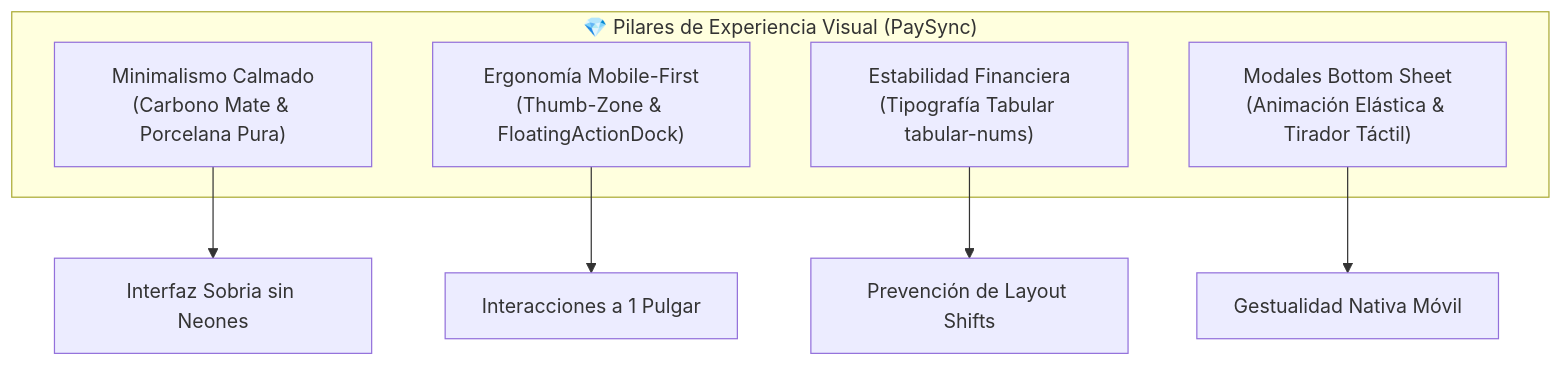
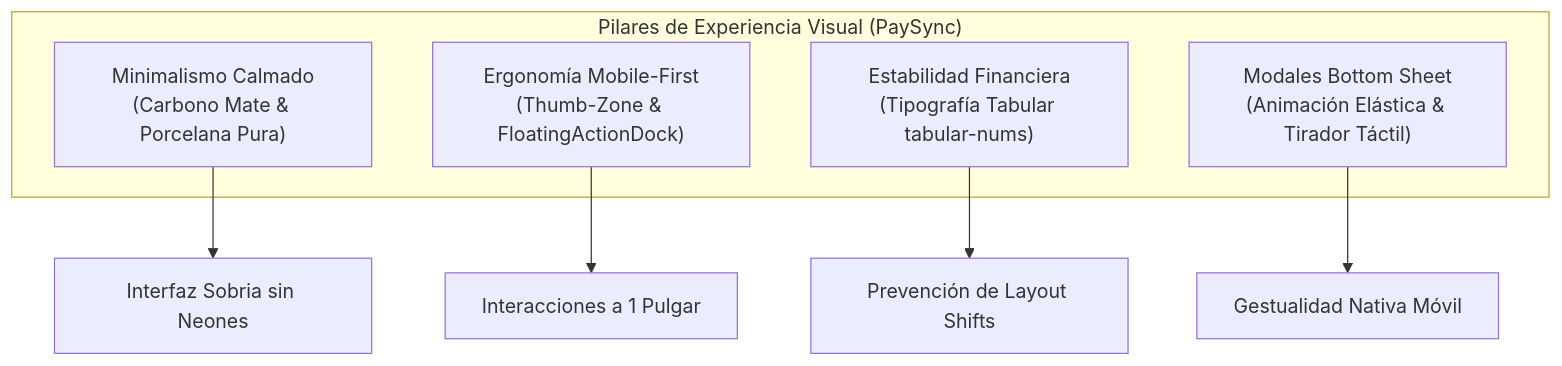
The first of 4 diagrams in docs/03_Frontend/Guia-Estilos-Tailwind.md (SebzSGC/Control-Gastos), drawn with Mermaid before and after one commit. The commit also changed other lines of this file and 16 other files, not shown here.

````diff
--- a/docs/03_Frontend/Guia-Estilos-Tailwind.md
+++ b/docs/03_Frontend/Guia-Estilos-Tailwind.md
@@ -18,14 +18,14 @@
 ```mermaid
 flowchart TD
-    subgraph Principios["💎 Pilares de Experiencia Visual (PaySync)"]
+    subgraph Principios["Pilares de Experiencia Visual (PaySync)"]
         MIN["Minimalismo Calmado\n(Carbono Mate & Porcelana Pura)"]
         MOB["Ergonomía Mobile-First\n(Thumb-Zone & FloatingActionDock)"]
         NUM["Estabilidad Financiera\n(Tipografía Tabular tabular-nums)"]
         SHEET["Modales Bottom Sheet\n(Animación Elástica & Tirador Táctil)"]
     end
 
     MIN --> UI["Interfaz Sobria sin Neones"]
     MOB --> TOUCH["Interacciones a 1 Pulgar"]
     NUM --> JITTER["Prevención de Layout Shifts"]
     SHEET --> FLUID["Gestualidad Nativa Móvil"]
 ```
````
